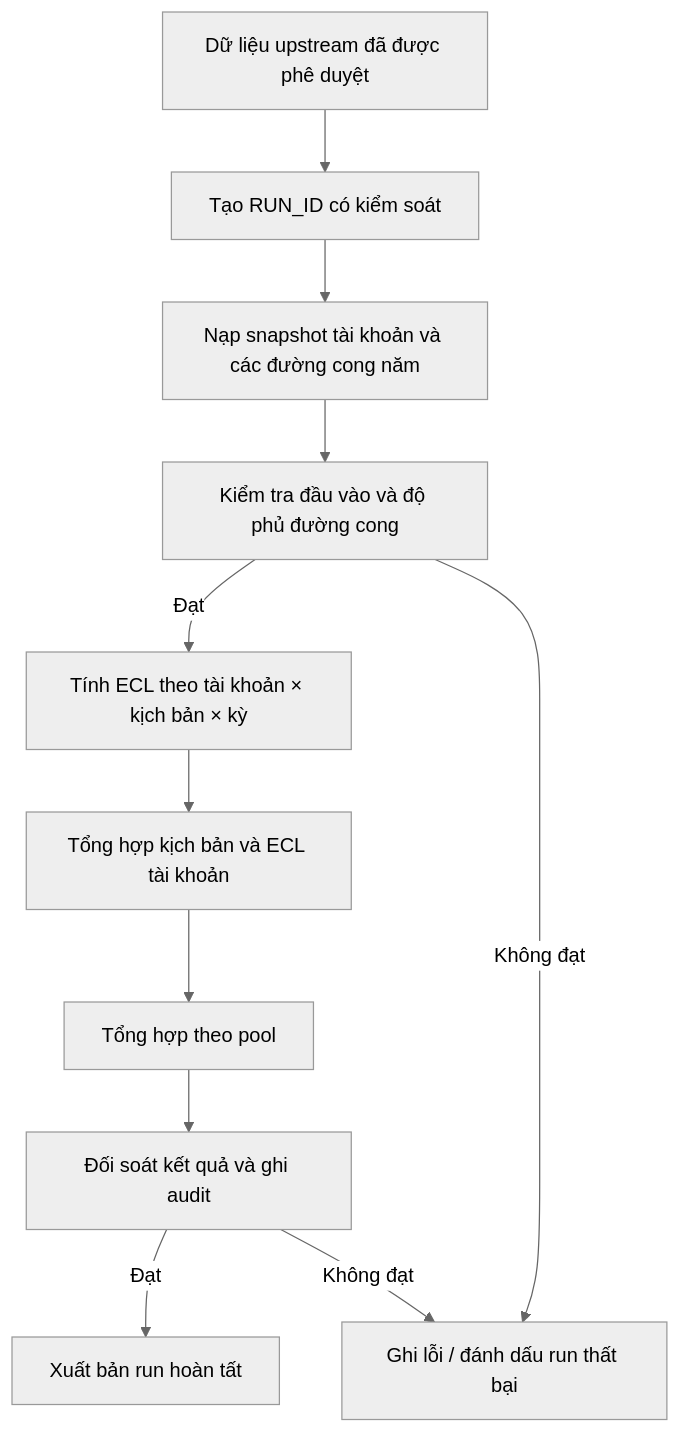
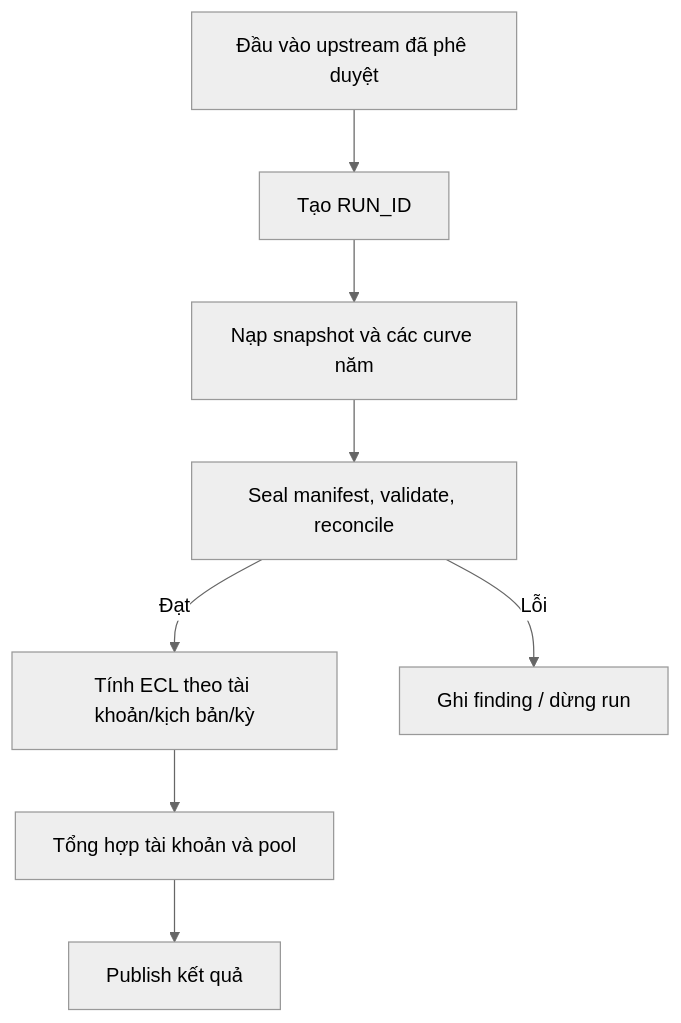
The second of 2 diagrams in README.vi.md (nguyenngocbinh/ifrs9-retail-ecl-engine), drawn with Mermaid (neutral theme) before and after one commit. The commit also changed other lines of this file, not shown here.

````diff
--- a/README.vi.md
+++ b/README.vi.md
@@ -81,13 +58,10 @@
 ```mermaid
 flowchart TD
-    A[Dữ liệu upstream đã được phê duyệt] --> B[Tạo RUN_ID có kiểm soát]
-    B --> C[Nạp snapshot tài khoản và các đường cong năm]
-    C --> D[Kiểm tra đầu vào và độ phủ đường cong]
-    D -->|Đạt| E[Tính ECL theo tài khoản × kịch bản × kỳ]
-    D -->|Không đạt| X[Ghi lỗi / đánh dấu run thất bại]
-    E --> F[Tổng hợp kịch bản và ECL tài khoản]
-    F --> G[Tổng hợp theo pool]
-    G --> H[Đối soát kết quả và ghi audit]
-    H -->|Đạt| I[Xuất bản run hoàn tất]
-    H -->|Không đạt| X
+  A[Đầu vào upstream đã phê duyệt] --> B[Tạo RUN_ID]
+  B --> C[Nạp snapshot và các curve năm]
+  C --> D[Seal manifest, validate, reconcile]
+  D -->|Đạt| E[Tính ECL theo tài khoản/kịch bản/kỳ]
+  D -->|Lỗi| X[Ghi finding / dừng run]
+  E --> F[Tổng hợp tài khoản và pool]
+  F --> G[Publish kết quả]
 ```
````
